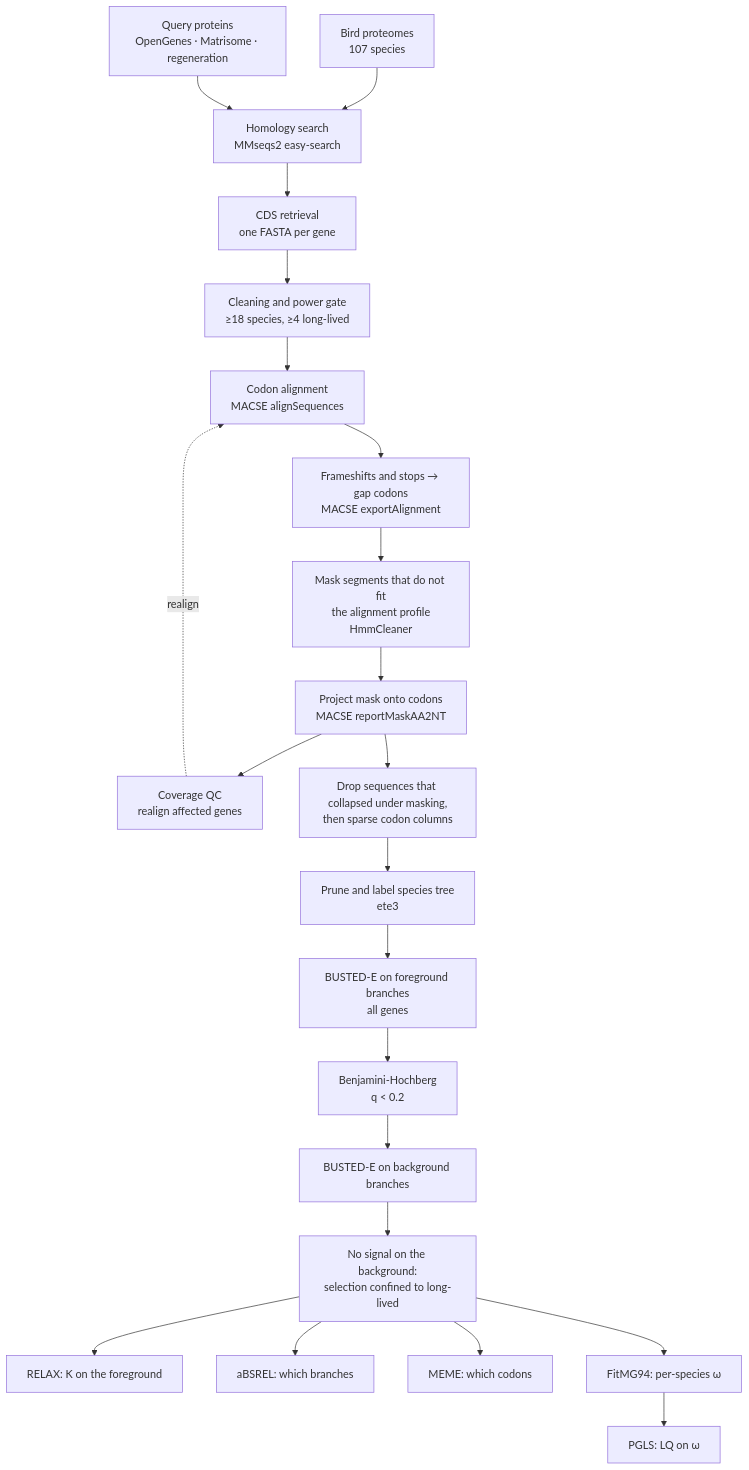
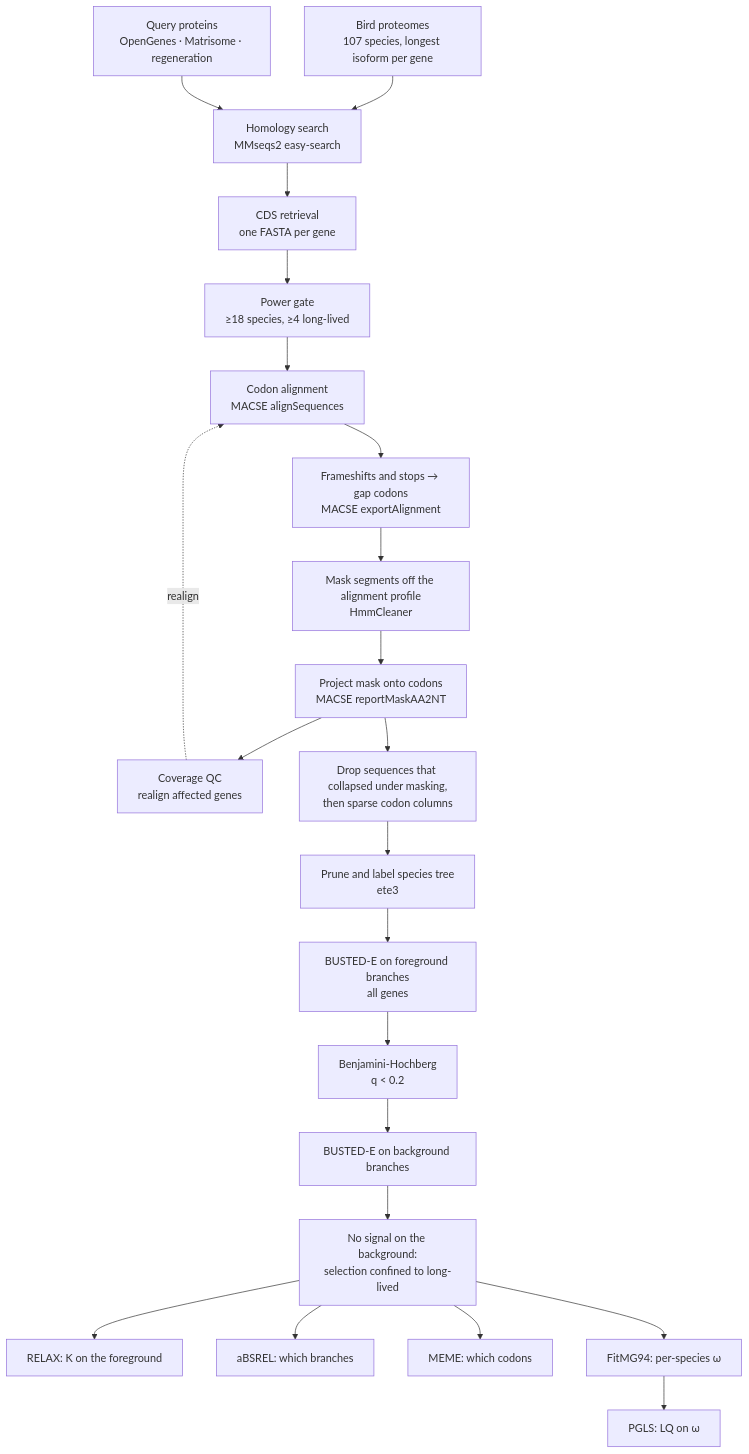
The diagram in README.md (kuzinatrology/all_that_bird_funk), drawn with Mermaid before and after one commit. The commit also changed other lines of this file, not shown here.

Commit message:
README: trim methodological asides, fix pipeline diagram

````diff
--- a/README.md
+++ b/README.md
@@ -25,24 +22,24 @@
 ```mermaid
 flowchart TD
-    A["Bird proteomes<br/>107 species"] --> B["Homology search<br/>MMseqs2 easy-search"]
+    A["Bird proteomes<br/>107 species, longest isoform per gene"] --> B["Homology search<br/>MMseqs2 easy-search"]
     Q["Query proteins<br/>OpenGenes · Matrisome · regeneration"] --> B
     B --> C["CDS retrieval<br/>one FASTA per gene"]
-    C --> D["Cleaning and power gate<br/>≥18 species, ≥4 long-lived"]
+    C --> D["Power gate<br/>≥18 species, ≥4 long-lived"]
     D --> E["Codon alignment<br/>MACSE alignSequences"]
     E --> F["Frameshifts and stops → gap codons<br/>MACSE exportAlignment"]
-    F --> G["Mask segments that do not fit<br/>the alignment profile<br/>HmmCleaner"]
+    F --> G["Mask segments off the alignment profile<br/>HmmCleaner"]
     G --> H["Project mask onto codons<br/>MACSE reportMaskAA2NT"]
     H --> I["Coverage QC<br/>realign affected genes"]
     I -.->|realign| E
     H --> J["Drop sequences that collapsed under masking,<br/>then sparse codon columns"]
     J --> K["Prune and label species tree<br/>ete3"]
     K --> L["BUSTED-E on foreground branches<br/>all genes"]
     L --> N["Benjamini-Hochberg<br/>q &lt; 0.2"]
     N --> O["BUSTED-E on background branches"]
     O --> P["No signal on the background:<br/>selection confined to long-lived"]
     P --> R["RELAX: K on the foreground"]
     P --> S["aBSREL: which branches"]
     P --> T["MEME: which codons"]
     P --> U["FitMG94: per-species ω"]
     U --> M["PGLS: LQ on ω"]
 ```
````
